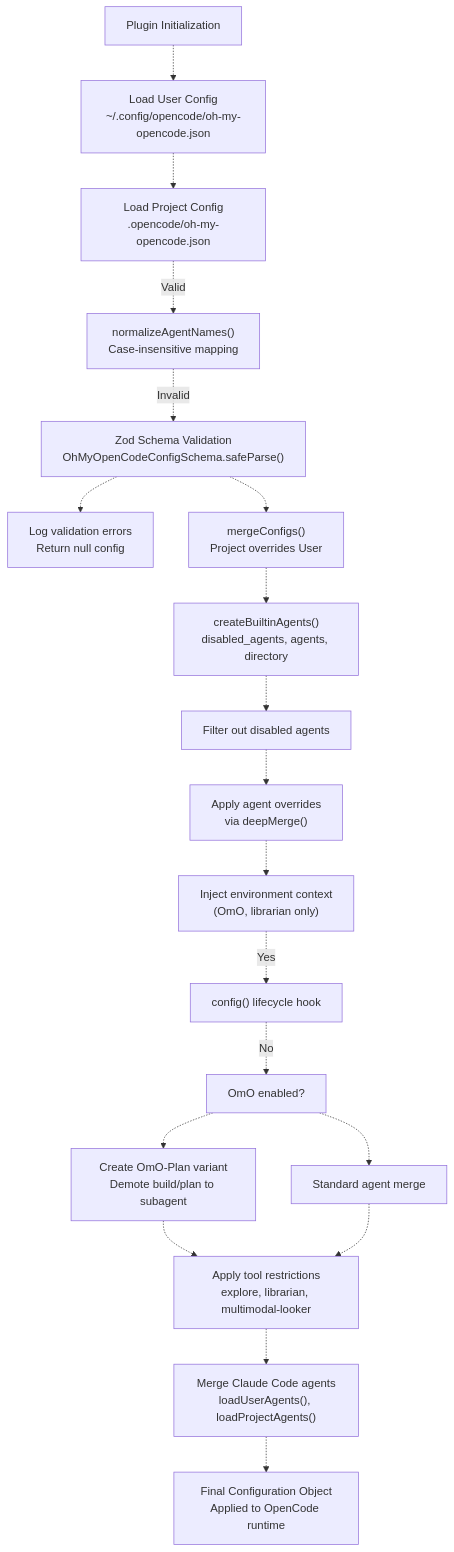
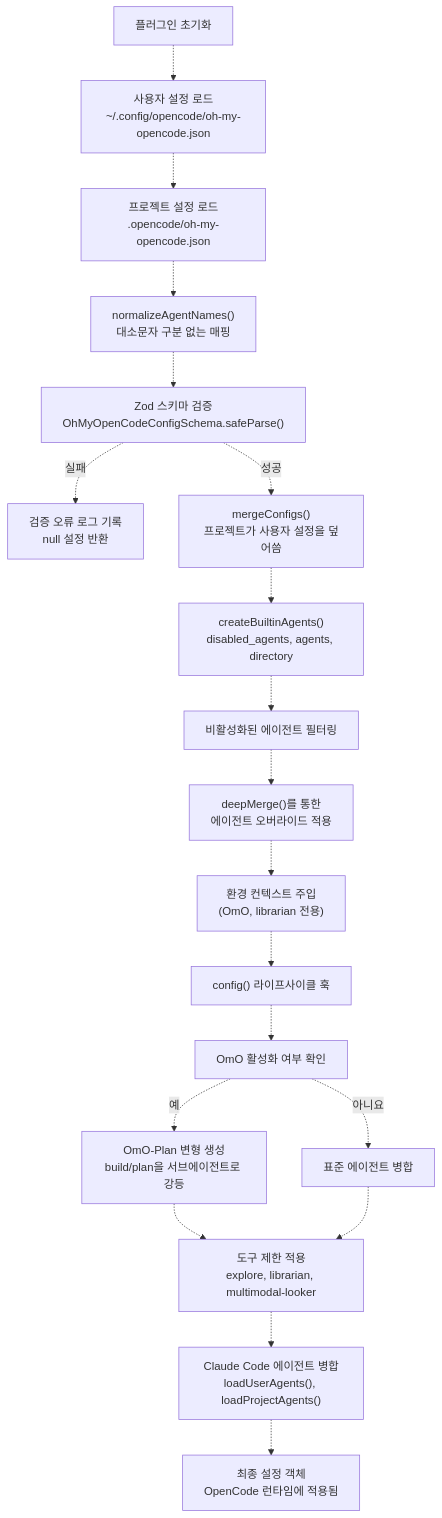
The fourth of 4 diagrams in docs/agents/agent-configuration.md (felipetruman/oh-my-opencode-docs), drawn with Mermaid before and after one commit. The commit also changed other lines of this file and 76 other files, not shown here.

````diff
--- a/docs/agents/agent-configuration.md
+++ b/docs/agents/agent-configuration.md
@@ -430,41 +430,41 @@
 ```mermaid
 flowchart TD
 
-Start["Plugin Initialization"]
-LoadUser["Load User Config<br>~/.config/opencode/oh-my-opencode.json"]
-LoadProject["Load Project Config<br>.opencode/oh-my-opencode.json"]
-Normalize["normalizeAgentNames()<br>Case-insensitive mapping"]
-Validate["Zod Schema Validation<br>OhMyOpenCodeConfigSchema.safeParse()"]
-LogError["Log validation errors<br>Return null config"]
-MergeConfigs["mergeConfigs()<br>Project overrides User"]
+Start["플러그인 초기화"]
+LoadUser["사용자 설정 로드<br>~/.config/opencode/oh-my-opencode.json"]
+LoadProject["프로젝트 설정 로드<br>.opencode/oh-my-opencode.json"]
+Normalize["normalizeAgentNames()<br>대소문자 구분 없는 매핑"]
+Validate["Zod 스키마 검증<br>OhMyOpenCodeConfigSchema.safeParse()"]
+LogError["검증 오류 로그 기록<br>null 설정 반환"]
+MergeConfigs["mergeConfigs()<br>프로젝트가 사용자 설정을 덮어씀"]
 CreateAgents["createBuiltinAgents()<br>disabled_agents, agents, directory"]
-FilterDisabled["Filter out disabled agents"]
-ApplyOverrides["Apply agent overrides<br>via deepMerge()"]
-InjectEnv["Inject environment context<br>(OmO, librarian only)"]
-ConfigHook["config() lifecycle hook"]
-CheckOmO["OmO enabled?"]
-CreateOmOPlan["Create OmO-Plan variant<br>Demote build/plan to subagent"]
-StandardMerge["Standard agent merge"]
-ApplyToolRestrictions["Apply tool restrictions<br>explore, librarian, multimodal-looker"]
-MergeClaude["Merge Claude Code agents<br>loadUserAgents(), loadProjectAgents()"]
-FinalConfig["Final Configuration Object<br>Applied to OpenCode runtime"]
+FilterDisabled["비활성화된 에이전트 필터링"]
+ApplyOverrides["deepMerge()를 통한<br>에이전트 오버라이드 적용"]
+InjectEnv["환경 컨텍스트 주입<br>(OmO, librarian 전용)"]
+ConfigHook["config() 라이프사이클 훅"]
+CheckOmO["OmO 활성화 여부 확인"]
+CreateOmOPlan["OmO-Plan 변형 생성<br>build/plan을 서브에이전트로 강등"]
+StandardMerge["표준 에이전트 병합"]
+ApplyToolRestrictions["도구 제한 적용<br>explore, librarian, multimodal-looker"]
+MergeClaude["Claude Code 에이전트 병합<br>loadUserAgents(), loadProjectAgents()"]
+FinalConfig["최종 설정 객체<br>OpenCode 런타임에 적용됨"]
 
 Start -.-> LoadUser
 LoadUser -.-> LoadProject
-LoadProject -.->|"Valid"| Normalize
-Normalize -.->|"Invalid"| Validate
-Validate -.-> LogError
-Validate -.-> MergeConfigs
+LoadProject -.-> Normalize
+Normalize -.-> Validate
+Validate -.->|"실패"| LogError
+Validate -.->|"성공"| MergeConfigs
 MergeConfigs -.-> CreateAgents
 CreateAgents -.-> FilterDisabled
 FilterDisabled -.-> ApplyOverrides
 ApplyOverrides -.-> InjectEnv
-InjectEnv -.->|"Yes"| ConfigHook
-ConfigHook -.->|"No"| CheckOmO
-CheckOmO -.-> CreateOmOPlan
-CheckOmO -.-> StandardMerge
+InjectEnv -.-> ConfigHook
+ConfigHook -.-> CheckOmO
+CheckOmO -.->|"예"| CreateOmOPlan
+CheckOmO -.->|"아니요"| StandardMerge
 CreateOmOPlan -.-> ApplyToolRestrictions
 StandardMerge -.-> ApplyToolRestrictions
 ApplyToolRestrictions -.-> MergeClaude
 MergeClaude -.-> FinalConfig
 ```
````
